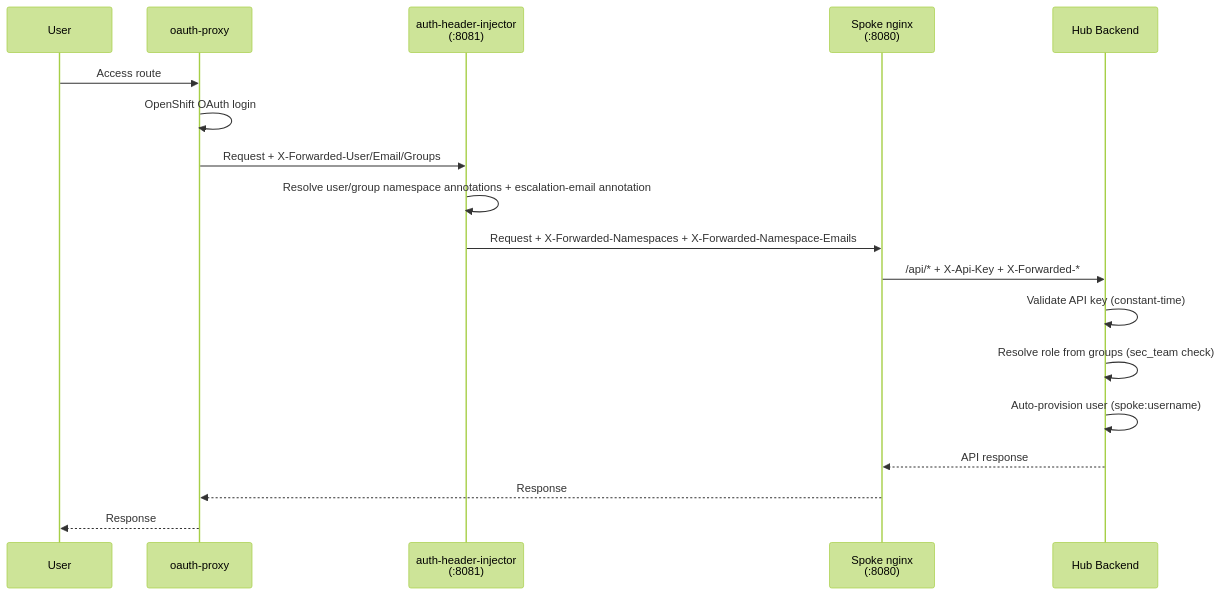
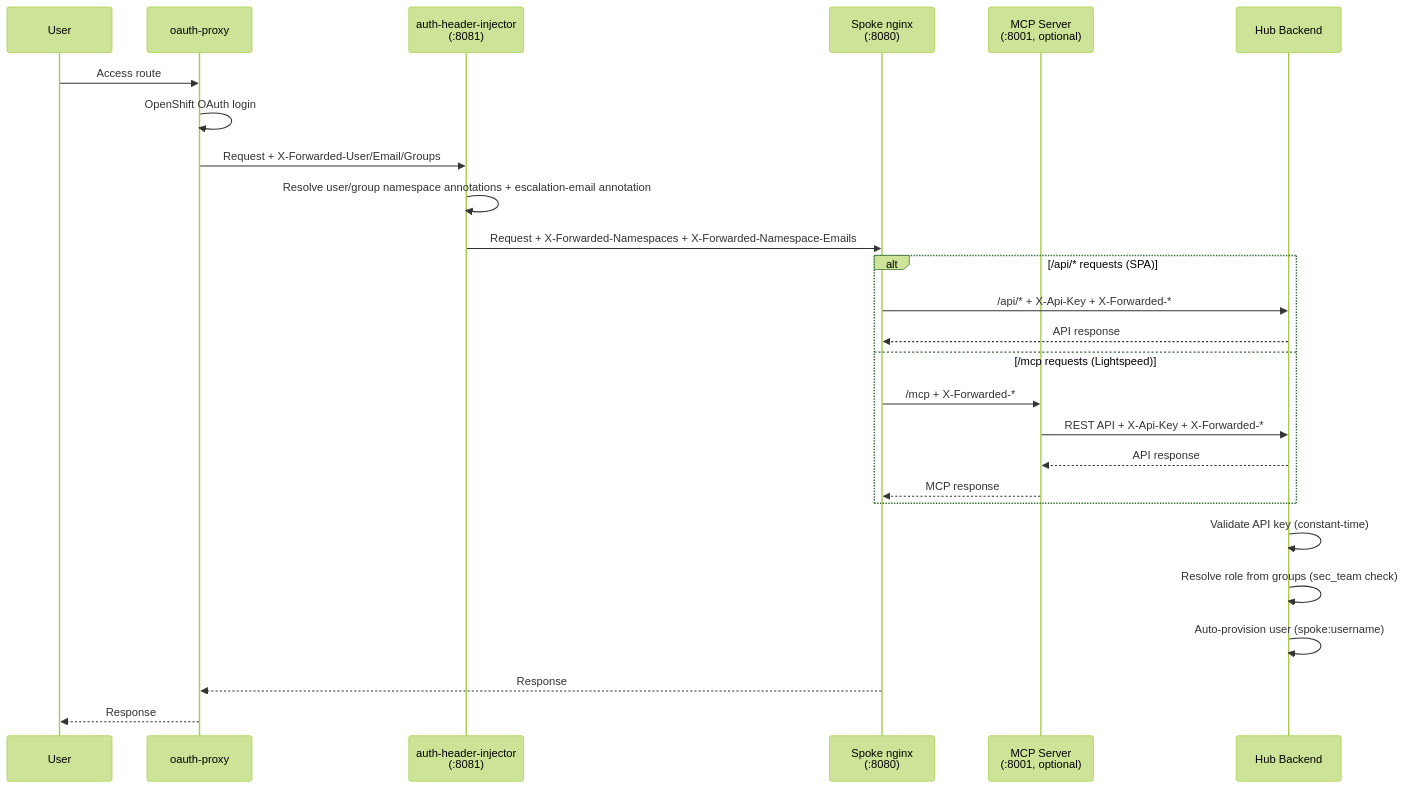
One commit to dadav/rhacs-manager changed the fourth of 4 diagrams in docs/architecture.md. Above: the diagram before and after it, drawn with Mermaid (forest theme). The commit also changed other lines of this file, not shown here.

````diff
--- a/docs/architecture.md
+++ b/docs/architecture.md
@@ -140,21 +141,31 @@
 ```mermaid
 sequenceDiagram
     participant User
     participant OAuth as oauth-proxy
     participant NR as auth-header-injector<br/>(:8081)
     participant Nginx as Spoke nginx<br/>(:8080)
+    participant MCP as MCP Server<br/>(:8001, optional)
     participant Hub as Hub Backend
 
     User->>OAuth: Access route
     OAuth->>OAuth: OpenShift OAuth login
     OAuth->>NR: Request + X-Forwarded-User/Email/Groups
     NR->>NR: Resolve user/group namespace annotations + escalation-email annotation
     NR->>Nginx: Request + X-Forwarded-Namespaces + X-Forwarded-Namespace-Emails
-    Nginx->>Hub: /api/* + X-Api-Key + X-Forwarded-*
+
+    alt /api/* requests (SPA)
+        Nginx->>Hub: /api/* + X-Api-Key + X-Forwarded-*
+        Hub-->>Nginx: API response
+    else /mcp requests (Lightspeed)
+        Nginx->>MCP: /mcp + X-Forwarded-*
+        MCP->>Hub: REST API + X-Api-Key + X-Forwarded-*
+        Hub-->>MCP: API response
+        MCP-->>Nginx: MCP response
+    end
+
     Hub->>Hub: Validate API key (constant-time)
     Hub->>Hub: Resolve role from groups (sec_team check)
     Hub->>Hub: Auto-provision user (spoke:username)
-    Hub-->>Nginx: API response
     Nginx-->>OAuth: Response
     OAuth-->>User: Response
 ```
````
